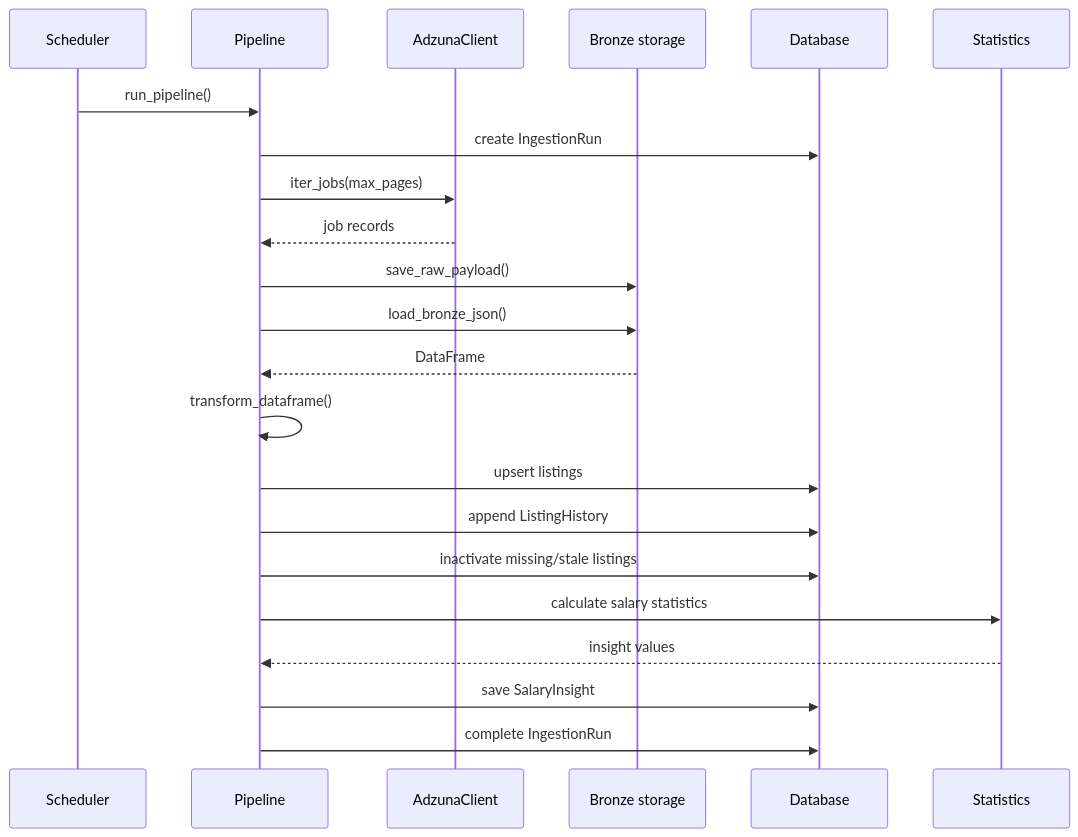
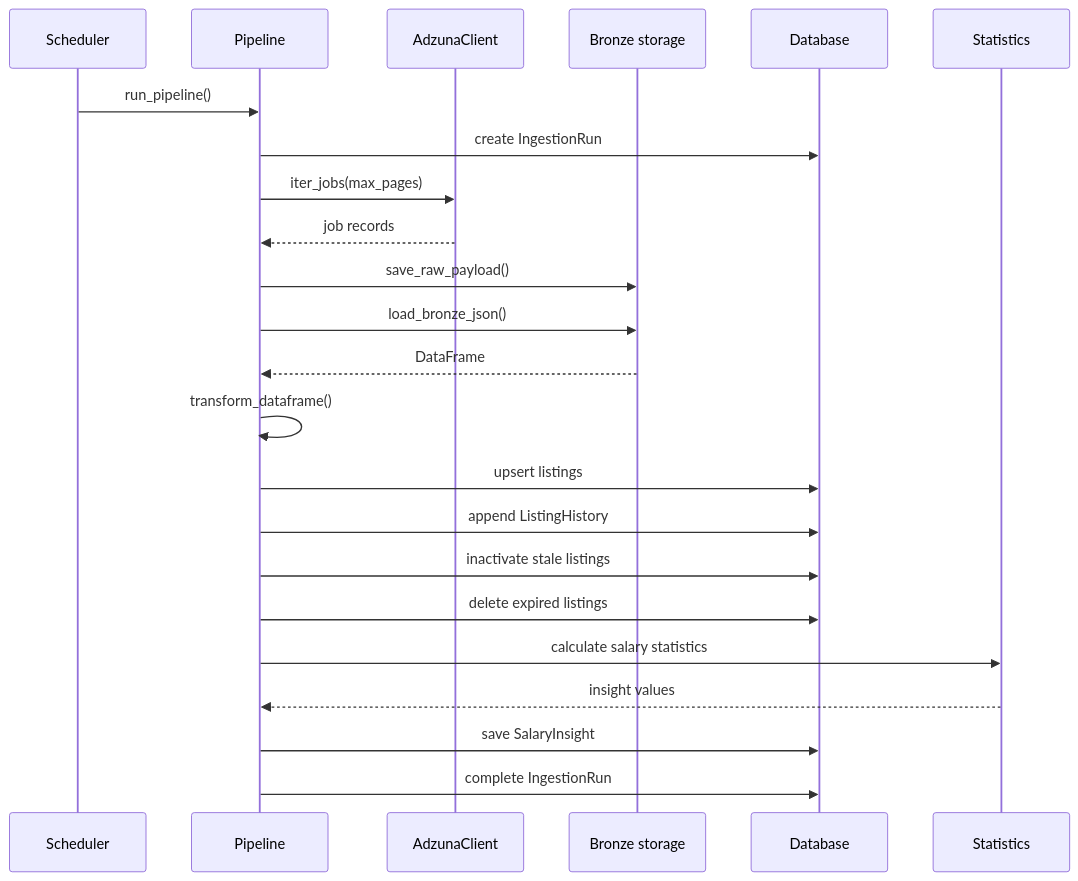
Before and after one commit to Edmund-Kiama/tech-job-analytics: the second of 4 diagrams in docs/data-flow.md, drawn with Mermaid. The commit also changed other lines of this file and 8 other files, not shown here.

````diff
--- a/docs/data-flow.md
+++ b/docs/data-flow.md
@@ -30,25 +30,26 @@
 ```mermaid
 sequenceDiagram
     participant Scheduler
     participant Pipeline
     participant Source as AdzunaClient
     participant Bronze as Bronze storage
     participant DB as Database
     participant Stats as Statistics
 
     Scheduler->>Pipeline: run_pipeline()
     Pipeline->>DB: create IngestionRun
     Pipeline->>Source: iter_jobs(max_pages)
     Source-->>Pipeline: job records
     Pipeline->>Bronze: save_raw_payload()
     Pipeline->>Bronze: load_bronze_json()
     Bronze-->>Pipeline: DataFrame
     Pipeline->>Pipeline: transform_dataframe()
     Pipeline->>DB: upsert listings
     Pipeline->>DB: append ListingHistory
-    Pipeline->>DB: inactivate missing/stale listings
+    Pipeline->>DB: inactivate stale listings
+    Pipeline->>DB: delete expired listings
     Pipeline->>Stats: calculate salary statistics
     Stats-->>Pipeline: insight values
     Pipeline->>DB: save SalaryInsight
     Pipeline->>DB: complete IngestionRun
 ```
````
